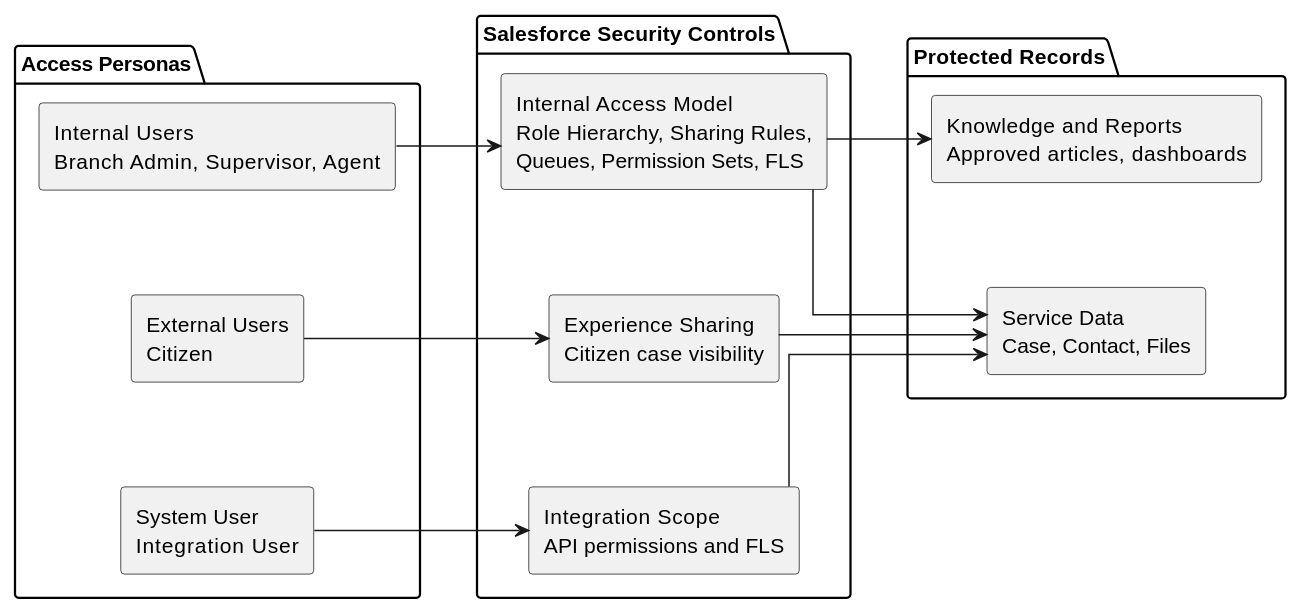
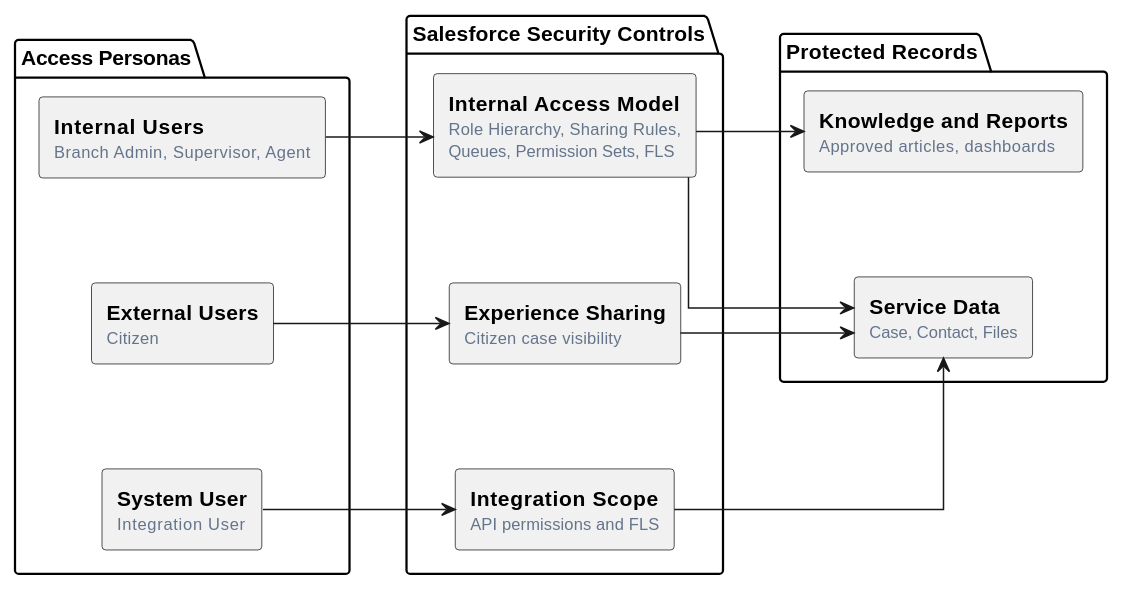
Before and after one commit to jimmytobing/virtusa: diagram 21 of 26 in doc/SADD Task 2.md, drawn with PlantUML. The commit also changed other lines of this file and 2 other files, not shown here.

````diff
--- a/doc/SADD Task 2.md
+++ b/doc/SADD Task 2.md
@@ -1346,36 +1346,61 @@
 ```plantuml
 @startuml
 left to right direction
 skinparam componentStyle rectangle
 skinparam linetype ortho
 skinparam nodesep 70
 skinparam ranksep 70
 
 package "Access Personas" {
-  [Internal Users\nBranch Admin, Supervisor, Agent] as InternalUsers
-  [External Users\nCitizen] as ExternalUsers
-  [System User\nIntegration User] as SystemUser
+  component InternalUsers [
+    <b>Internal Users</b>
+    <size:11><color:#64748B>Branch Admin, Supervisor, Agent</color></size>
+  ]
+  component ExternalUsers [
+    <b>External Users</b>
+    <size:11><color:#64748B>Citizen</color></size>
+  ]
+  component SystemUser [
+    <b>System User</b>
+    <size:11><color:#64748B>Integration User</color></size>
+  ]
 }
 
 package "Salesforce Security Controls" {
-  [Internal Access Model\nRole Hierarchy, Sharing Rules,\nQueues, Permission Sets, FLS] as InternalAccess
-  [Experience Sharing\nCitizen case visibility] as CitizenAccess
-  [Integration Scope\nAPI permissions and FLS] as IntegrationScope
+  component InternalAccess [
+    <b>Internal Access Model</b>
+    <size:11><color:#64748B>Role Hierarchy, Sharing Rules,</color></size>
+    <size:11><color:#64748B>Queues, Permission Sets, FLS</color></size>
+  ]
+  component CitizenAccess [
+    <b>Experience Sharing</b>
+    <size:11><color:#64748B>Citizen case visibility</color></size>
+  ]
+  component IntegrationScope [
+    <b>Integration Scope</b>
+    <size:11><color:#64748B>API permissions and FLS</color></size>
+  ]
 }
 
 package "Protected Records" {
-  [Service Data\nCase, Contact, Files] as ServiceData
-  [Knowledge and Reports\nApproved articles, dashboards] as KnowledgeReports
+  component ServiceData [
+    <b>Service Data</b>
+    <size:11><color:#64748B>Case, Contact, Files</color></size>
+  ]
+  component KnowledgeReports [
+    <b>Knowledge and Reports</b>
+    <size:11><color:#64748B>Approved articles, dashboards</color></size>
+  ]
 }
 
 InternalUsers --> InternalAccess
 ExternalUsers --> CitizenAccess
 SystemUser --> IntegrationScope
 
 InternalAccess --> ServiceData
 InternalAccess --> KnowledgeReports
 CitizenAccess --> ServiceData
 IntegrationScope --> ServiceData
 
 @enduml
 ```
````
